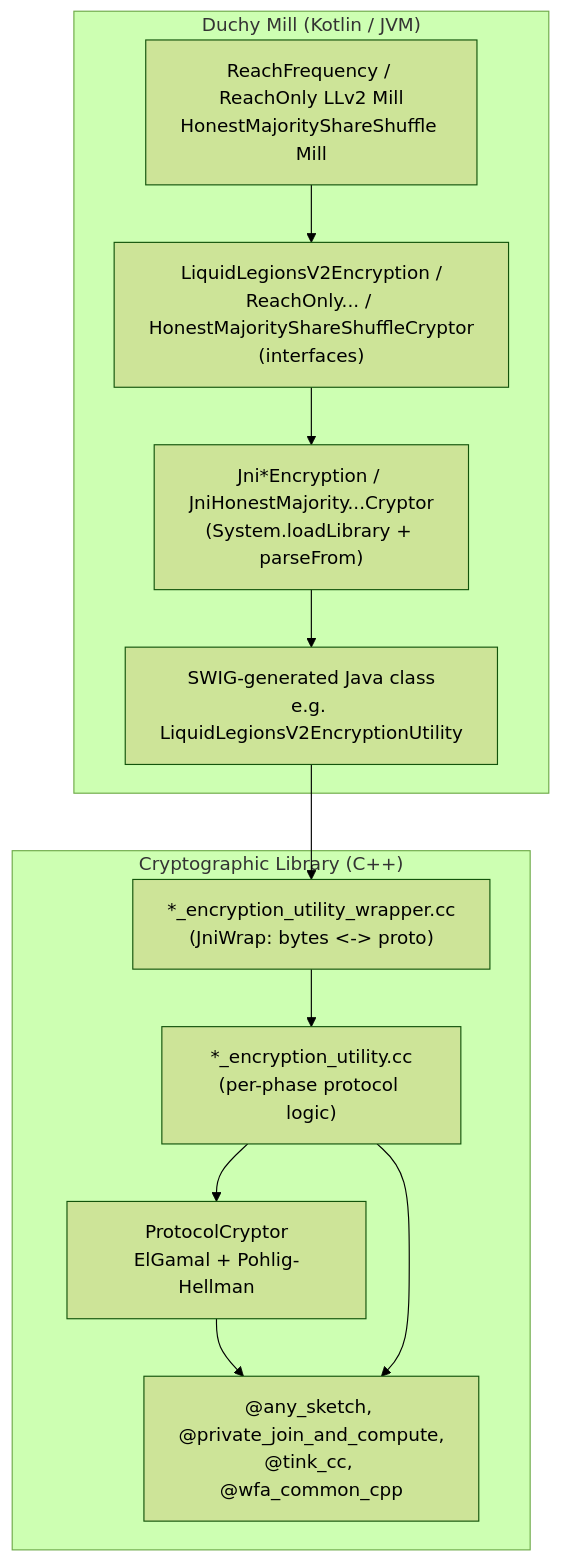
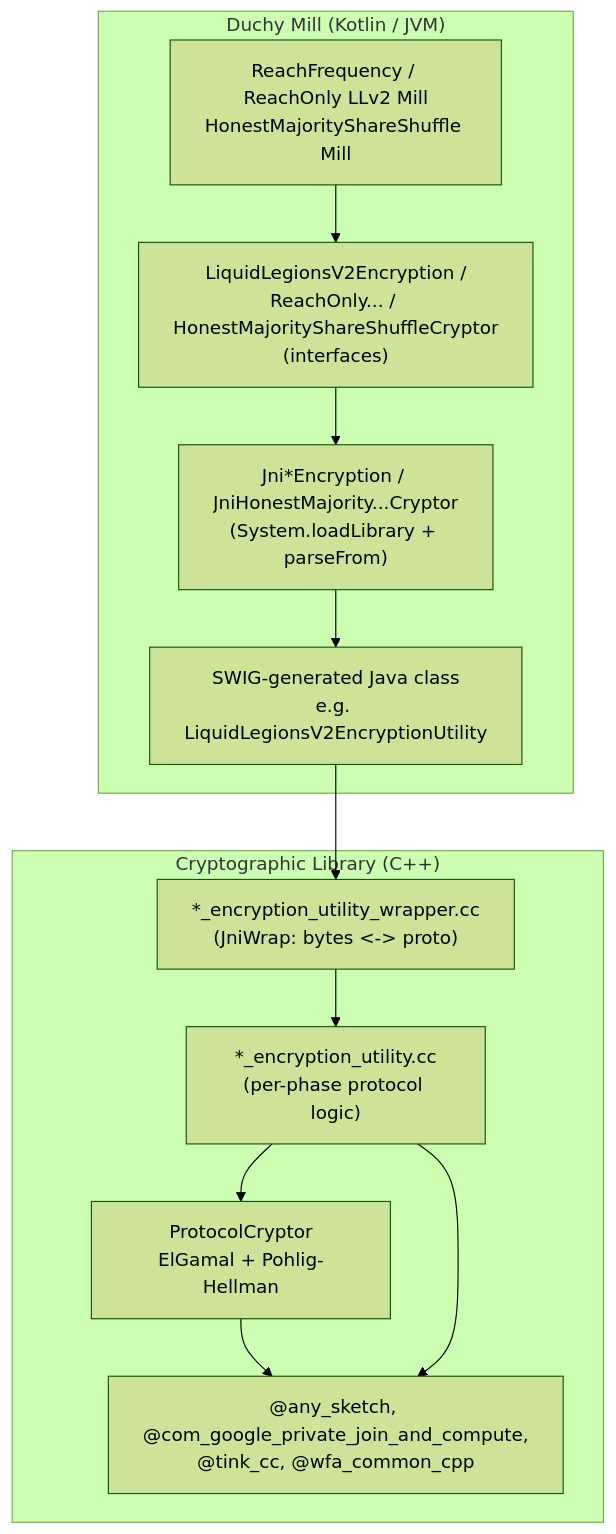
One commit to world-federation-of-advertisers/cross-media-measurement changed the first of 3 diagrams in docs/architecture/components/crypto-library.md. Above: the diagram before and after it, drawn with Mermaid (forest theme). The commit also changed other lines of this file and 10 other files, not shown here.

````diff
--- a/docs/architecture/components/crypto-library.md
+++ b/docs/architecture/components/crypto-library.md
@@ -39,17 +39,17 @@
 ```mermaid
 flowchart TD
   subgraph KotlinJVM["Duchy Mill (Kotlin / JVM)"]
     Mill["ReachFrequency / ReachOnly LLv2 Mill<br/>HonestMajorityShareShuffle Mill"]
     IFace["LiquidLegionsV2Encryption /<br/>ReachOnly... / HonestMajorityShareShuffleCryptor<br/>(interfaces)"]
     Jni["Jni*Encryption / JniHonestMajority...Cryptor<br/>(System.loadLibrary + parseFrom)"]
     Swig["SWIG-generated Java class<br/>e.g. LiquidLegionsV2EncryptionUtility"]
   end
   subgraph Native["Cryptographic Library (C++)"]
     Wrapper["*_encryption_utility_wrapper.cc<br/>(JniWrap: bytes <-> proto)"]
     Util["*_encryption_utility.cc<br/>(per-phase protocol logic)"]
     Cryptor["ProtocolCryptor<br/>ElGamal + Pohlig-Hellman"]
-    Ext["@any_sketch, @private_join_and_compute,<br/>@tink_cc, @wfa_common_cpp"]
+    Ext["@any_sketch, @com_google_private_join_and_compute,<br/>@tink_cc, @wfa_common_cpp"]
   end
   Mill --> IFace --> Jni --> Swig --> Wrapper --> Util --> Cryptor --> Ext
   Util --> Ext
 ```
````
